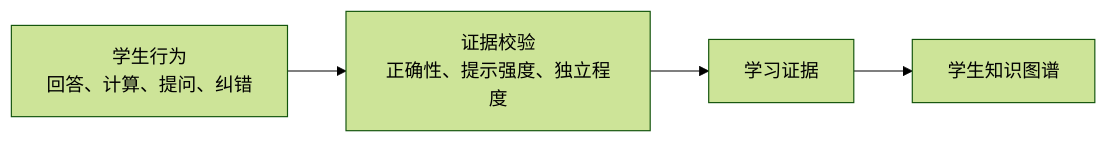
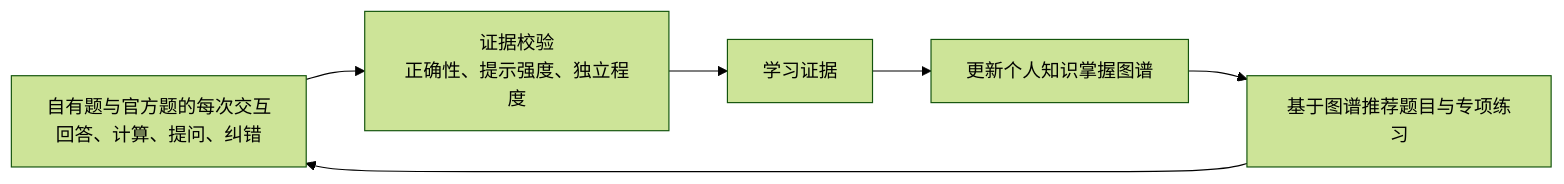
One commit to rongchenxu100/shuxueshuo changed the fourth of 5 diagrams in docs/student-tutor-chat-system-design.md. Above: the diagram before and after it, drawn with Mermaid (forest theme). The commit also changed other lines of this file and 4 other files, not shown here.

````diff
--- a/docs/student-tutor-chat-system-design.md
+++ b/docs/student-tutor-chat-system-design.md
@@ -275,9 +281,11 @@
 ```mermaid
 flowchart LR
-    A["学生行为<br/>回答、计算、提问、纠错"]
+    A["自有题与官方题的每次交互<br/>回答、计算、提问、纠错"]
     V["证据校验<br/>正确性、提示强度、独立程度"]
     E["学习证据"]
-    K["学生知识图谱"]
+    K["更新个人知识掌握图谱"]
+    R["基于图谱推荐题目与专项练习"]
 
     A --> V --> E --> K
+    K --> R --> A
 ```
````
